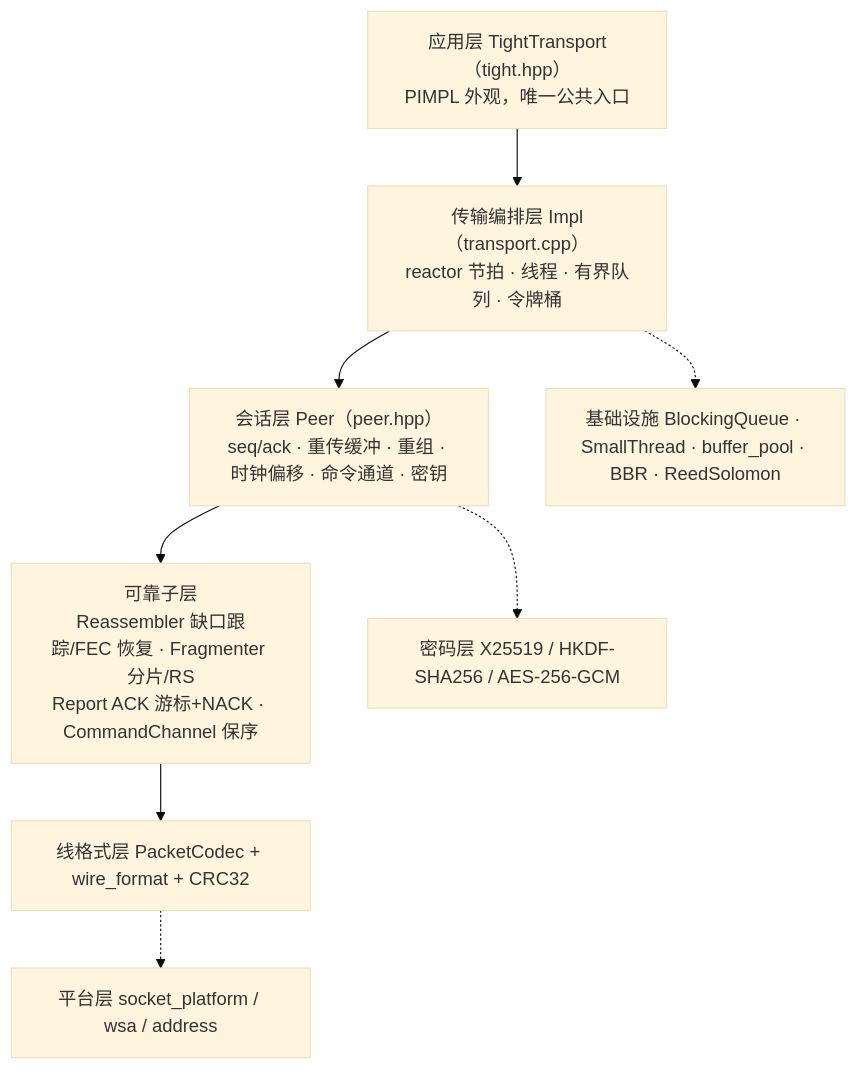
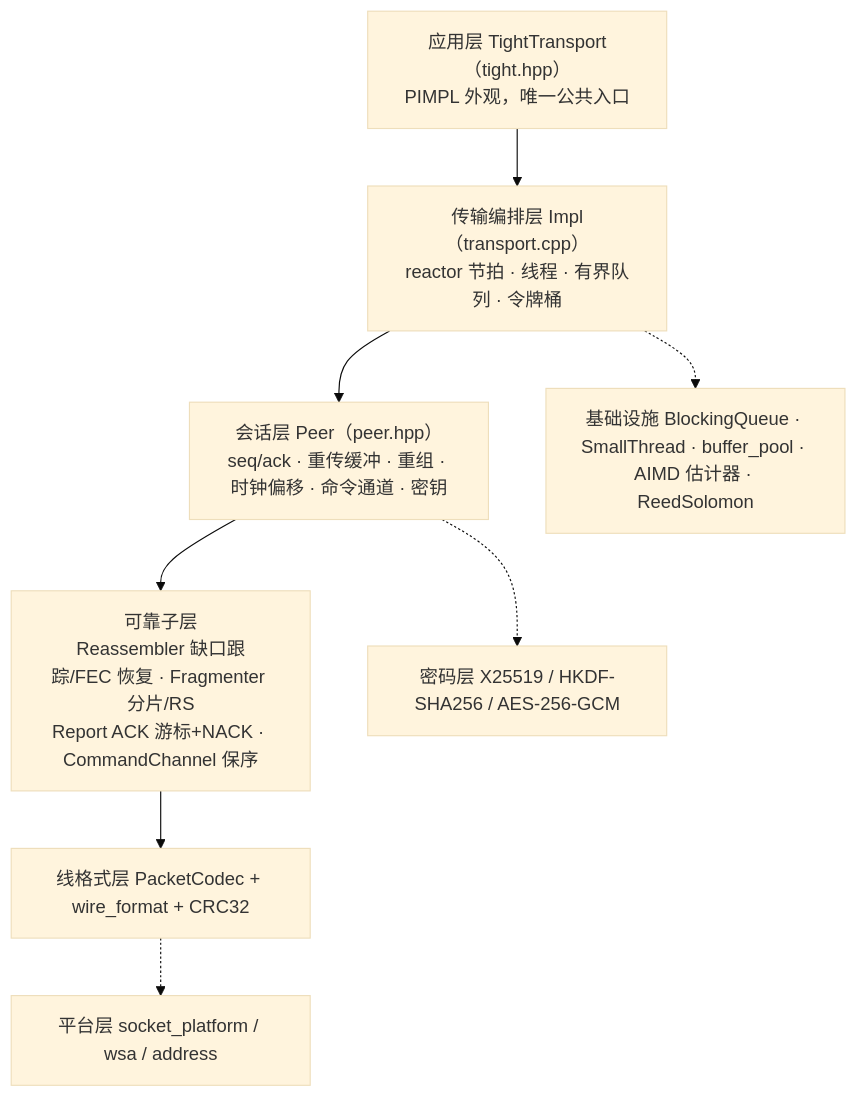
Before and after one commit to arrayforward/tight: the first of 4 diagrams in docs/litemode/02_architecture.md, drawn with Mermaid (base theme). The commit also changed other lines of this file and 17 other files, not shown here.

````diff
--- a/docs/litemode/02_architecture.md
+++ b/docs/litemode/02_architecture.md
@@ -5,15 +5,15 @@
 ```mermaid
 flowchart TB
     A["应用层 TightTransport（tight.hpp）<br/>PIMPL 外观，唯一公共入口"]
     B["传输编排层 Impl（transport.cpp）<br/>reactor 节拍 · 线程 · 有界队列 · 令牌桶"]
     C["会话层 Peer（peer.hpp）<br/>seq/ack · 重传缓冲 · 重组 · 时钟偏移 · 命令通道 · 密钥"]
     D["可靠子层<br/>Reassembler 缺口跟踪/FEC 恢复 · Fragmenter 分片/RS<br/>Report ACK 游标+NACK · CommandChannel 保序"]
     E["线格式层 PacketCodec + wire_format + CRC32"]
     F["密码层 X25519 / HKDF-SHA256 / AES-256-GCM"]
     G["平台层 socket_platform / wsa / address"]
-    H["基础设施 BlockingQueue · SmallThread · buffer_pool · BBR · ReedSolomon"]
+    H["基础设施 BlockingQueue · SmallThread · buffer_pool · AIMD 估计器 · ReedSolomon"]
     A --> B --> C --> D --> E
     C -.-> F
     E -.-> G
     B -.-> H
 ```
````
